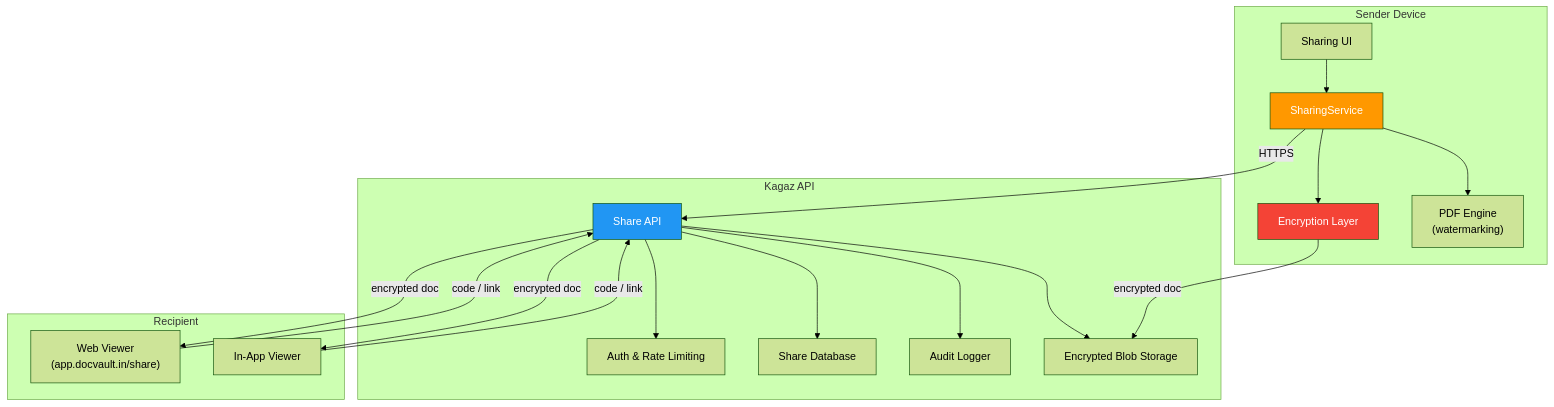
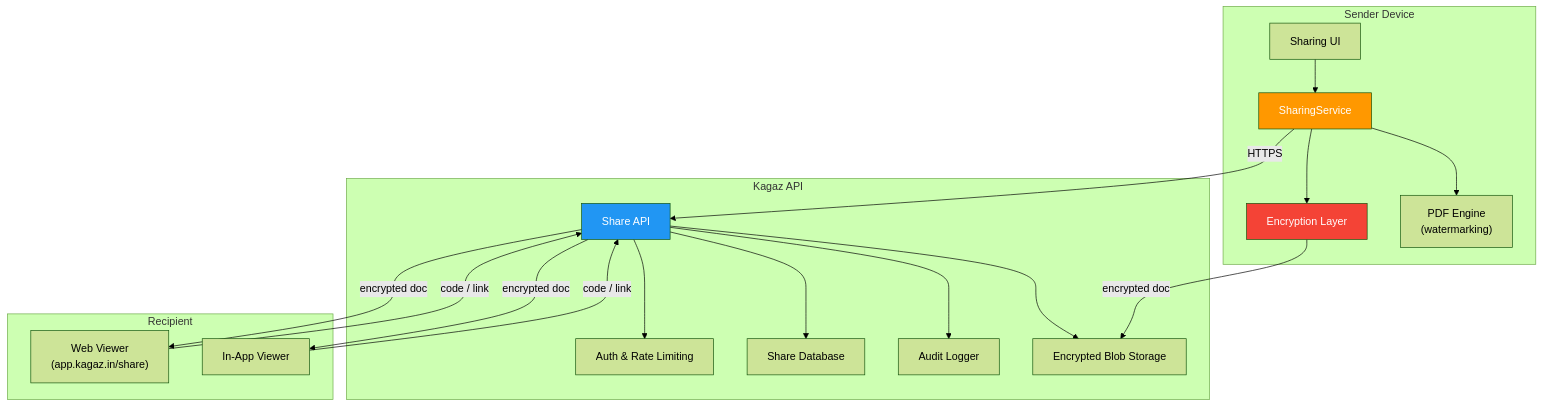
Before and after one commit to omanandswami2005/project-kagazzz: the first of 7 diagrams in docs/architecture/06-sharing-module.md, drawn with Mermaid (forest theme). The commit also changed other lines of this file and 11 other files, not shown here.

First line of the commit message:
docs: add app-portfolio doc, rename docvault identifiers, mark roadmap dates aspirational

````diff
--- a/docs/architecture/06-sharing-module.md
+++ b/docs/architecture/06-sharing-module.md
@@ -21,43 +21,43 @@
 ```mermaid
 graph TB
     subgraph "Sender Device"
         UI_S["Sharing UI"]
         SS["SharingService"]
         ENC["Encryption Layer"]
         PDF_E["PDF Engine<br/>(watermarking)"]
     end
 
     subgraph "Kagaz API"
         API["Share API"]
         AUTH["Auth & Rate Limiting"]
         DB["Share Database"]
         AUDIT["Audit Logger"]
         STORE["Encrypted Blob Storage"]
     end
 
     subgraph "Recipient"
-        WEB["Web Viewer<br/>(app.docvault.in/share)"]
+        WEB["Web Viewer<br/>(app.kagaz.in/share)"]
         APP["In-App Viewer"]
     end
 
     UI_S --> SS
     SS --> ENC
     SS --> PDF_E
     SS -->|HTTPS| API
 
     API --> AUTH
     API --> DB
     API --> AUDIT
     API --> STORE
 
     ENC -->|encrypted doc| STORE
 
     WEB -->|code / link| API
     APP -->|code / link| API
     API -->|encrypted doc| WEB
     API -->|encrypted doc| APP
 
     style SS fill:#FF9800,color:#fff
     style API fill:#2196F3,color:#fff
     style ENC fill:#F44336,color:#fff
 ```
````
